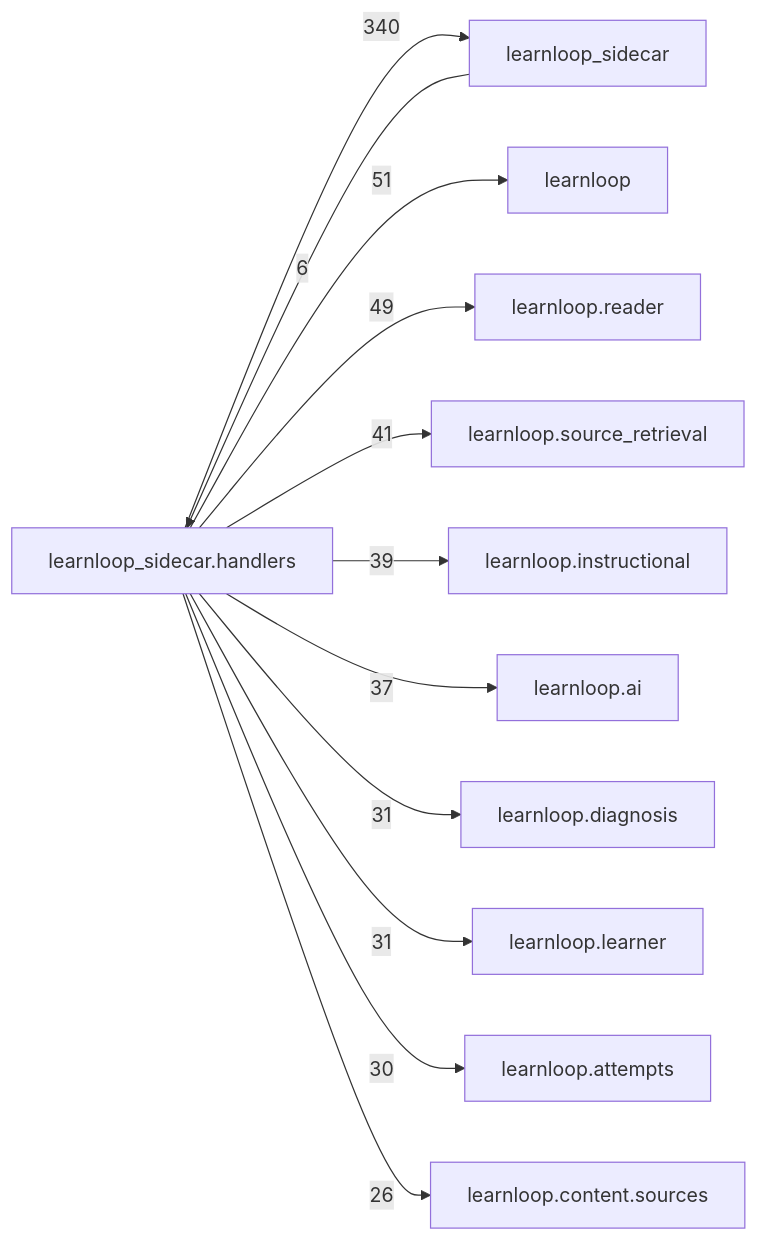
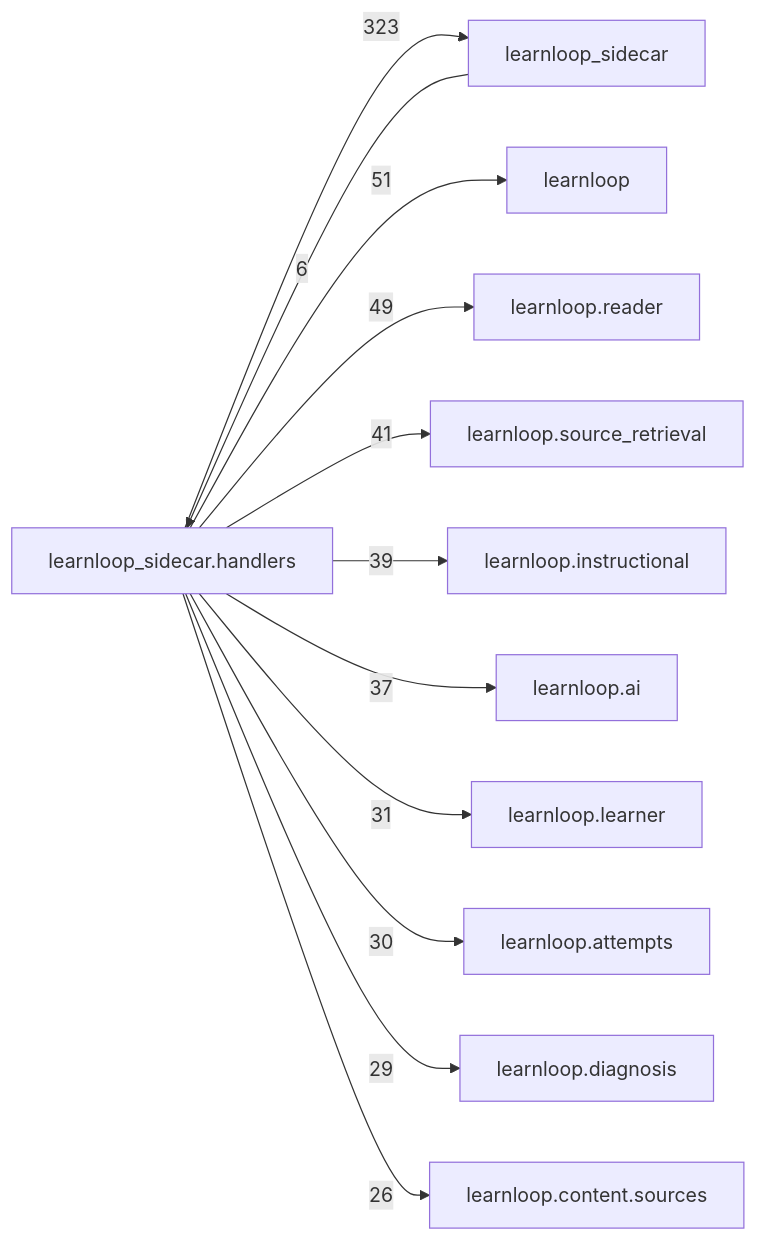
One commit to 6up-b/learnanything changed the diagram in docs/learnloop-architecture-vault/Reference/Modules/learnloop_sidecar/handlers/_package.md. Above: the diagram before and after it, drawn with Mermaid. The commit also changed other lines of this file and 154 other files, not shown here.

````diff
--- a/docs/learnloop-architecture-vault/Reference/Modules/learnloop_sidecar/handlers/_package.md
+++ b/docs/learnloop-architecture-vault/Reference/Modules/learnloop_sidecar/handlers/_package.md
@@ -268,25 +260,25 @@
 ```mermaid
 flowchart LR
     center["learnloop_sidecar.handlers"]
     n_learnloop_sidecar["learnloop_sidecar"]
     n_learnloop["learnloop"]
     n_learnloop_reader["learnloop.reader"]
     n_learnloop_source_retrieval["learnloop.source_retrieval"]
     n_learnloop_instructional["learnloop.instructional"]
     n_learnloop_ai["learnloop.ai"]
-    n_learnloop_diagnosis["learnloop.diagnosis"]
     n_learnloop_learner["learnloop.learner"]
     n_learnloop_attempts["learnloop.attempts"]
+    n_learnloop_diagnosis["learnloop.diagnosis"]
     n_learnloop_content_sources["learnloop.content.sources"]
     n_learnloop_sidecar -->|6| center
-    center -->|340| n_learnloop_sidecar
+    center -->|323| n_learnloop_sidecar
     center -->|51| n_learnloop
     center -->|49| n_learnloop_reader
     center -->|41| n_learnloop_source_retrieval
     center -->|39| n_learnloop_instructional
     center -->|37| n_learnloop_ai
-    center -->|31| n_learnloop_diagnosis
     center -->|31| n_learnloop_learner
     center -->|30| n_learnloop_attempts
+    center -->|29| n_learnloop_diagnosis
     center -->|26| n_learnloop_content_sources
 ```
````
